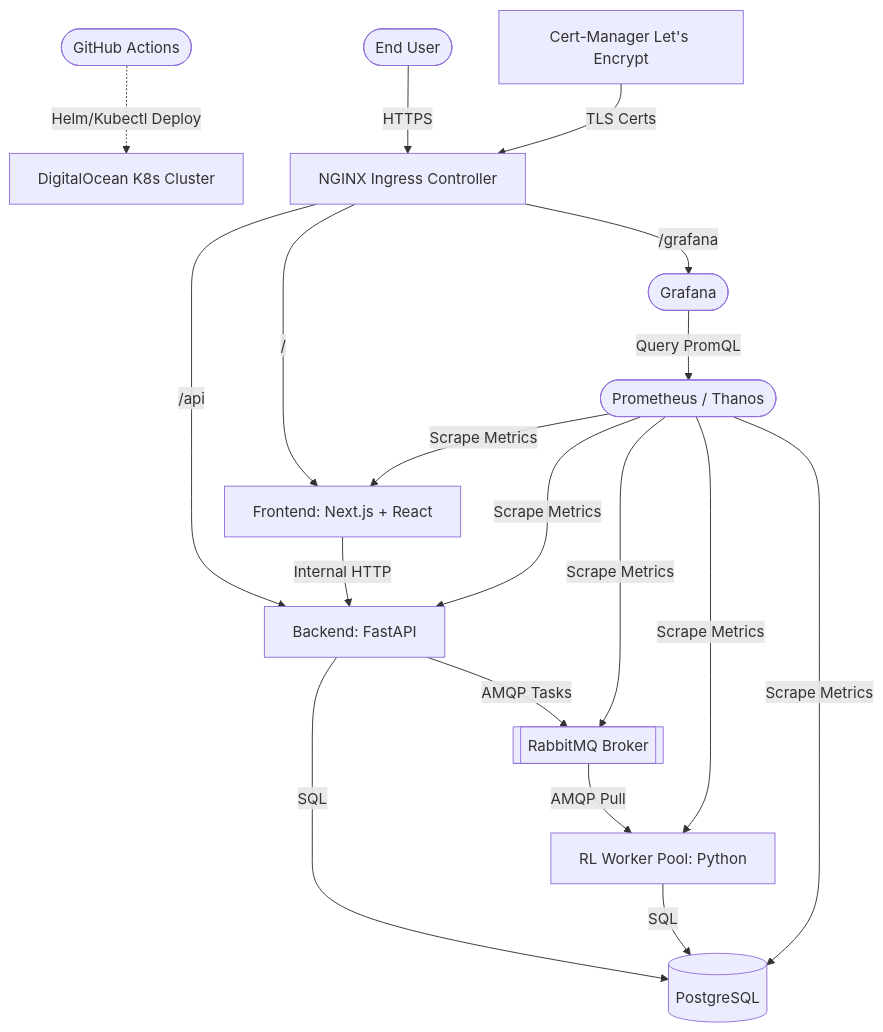
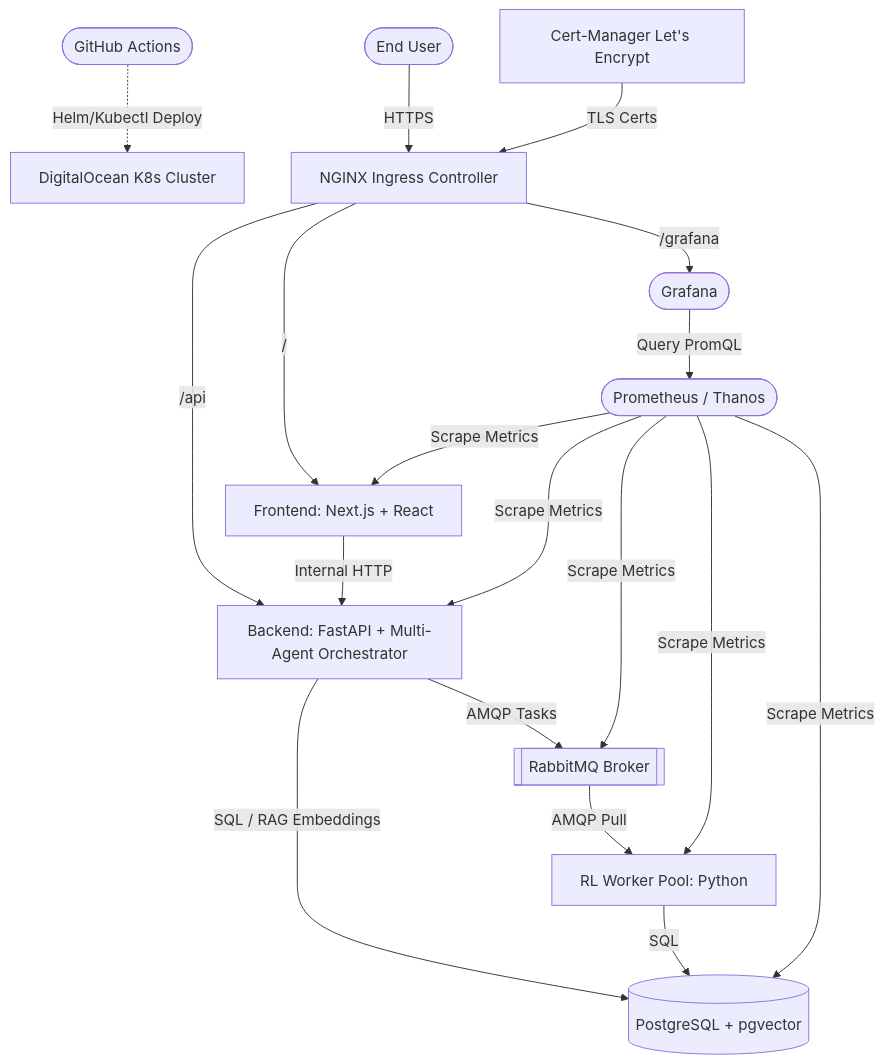
The diagram in docs/architecture.md (VNR-AIMLIOT-Projects/inventory-optimization), drawn with Mermaid before and after one commit. The commit also changed other lines of this file, not shown here.

Commit message:
docs: add specs and architecture for multi-agent copilot

````diff
--- a/docs/architecture.md
+++ b/docs/architecture.md
@@ -9,48 +9,48 @@
 ```mermaid
 graph TD
     %% External
     User([End User])
     GitHub([GitHub Actions])
     DO[DigitalOcean K8s Cluster]
     
     %% Ingress & Security
     Ingress[NGINX Ingress Controller]
     Cert[Cert-Manager Let's Encrypt]
 
     %% Microservices
     Frontend[Frontend: Next.js + React]
-    Backend[Backend: FastAPI]
+    Backend[Backend: FastAPI + Multi-Agent Orchestrator]
     RLWorker[RL Worker Pool: Python]
 
     %% Infrastructure
-    PostgreSQL[(PostgreSQL)]
+    PostgreSQL[(PostgreSQL + pgvector)]
     RabbitMQ[[RabbitMQ Broker]]
     
     %% Observability
     Prometheus([Prometheus / Thanos])
     Grafana([Grafana])
     
     %% Flows
     User -->|HTTPS| Ingress
     Cert -->|TLS Certs| Ingress
     Ingress -->|/| Frontend
     Ingress -->|/api| Backend
     Ingress -->|/grafana| Grafana
     
     Frontend -->|Internal HTTP| Backend
     Backend -->|AMQP Tasks| RabbitMQ
     RabbitMQ -->|AMQP Pull| RLWorker
     
-    Backend -->|SQL| PostgreSQL
+    Backend -->|SQL / RAG Embeddings| PostgreSQL
     RLWorker -->|SQL| PostgreSQL
 
     Prometheus -->|Scrape Metrics| Frontend
     Prometheus -->|Scrape Metrics| Backend
     Prometheus -->|Scrape Metrics| RLWorker
     Prometheus -->|Scrape Metrics| PostgreSQL
     Prometheus -->|Scrape Metrics| RabbitMQ
     
     Grafana -->|Query PromQL| Prometheus
 
     GitHub -.->|Helm/Kubectl Deploy| DO
 ```
````
